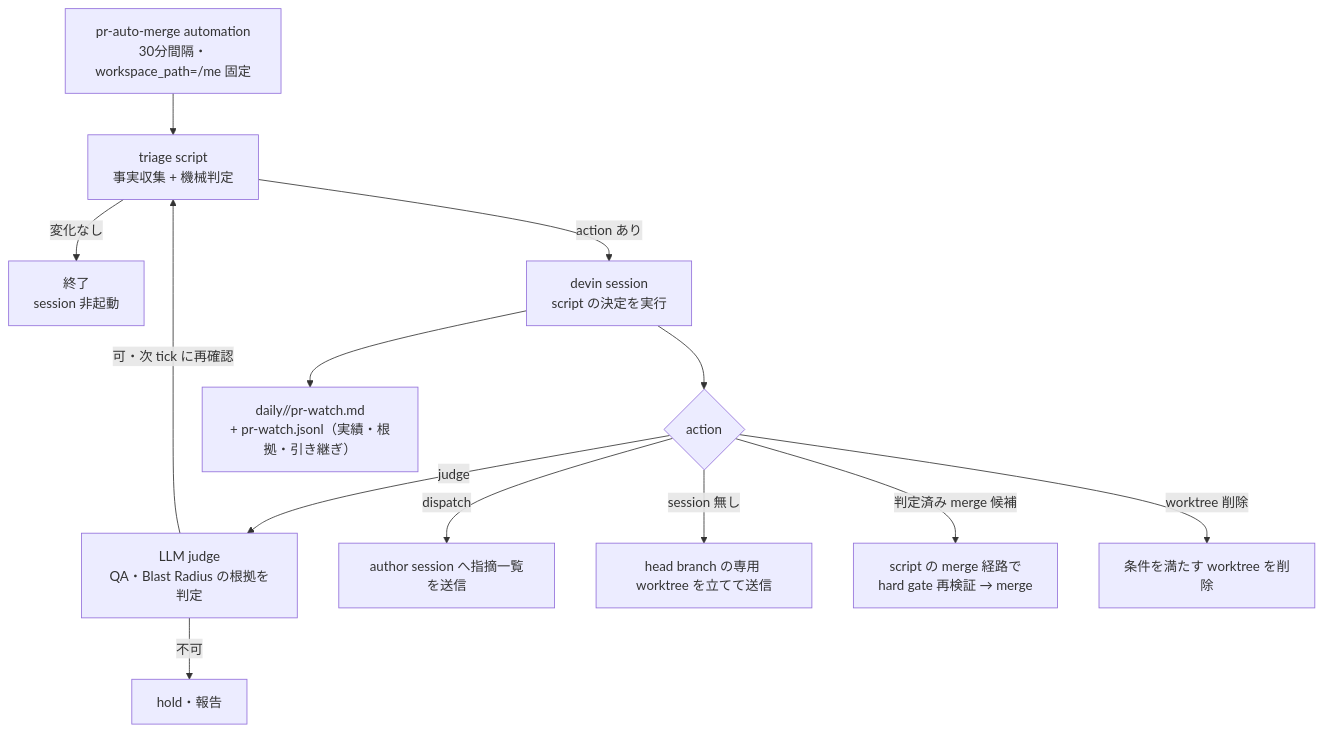
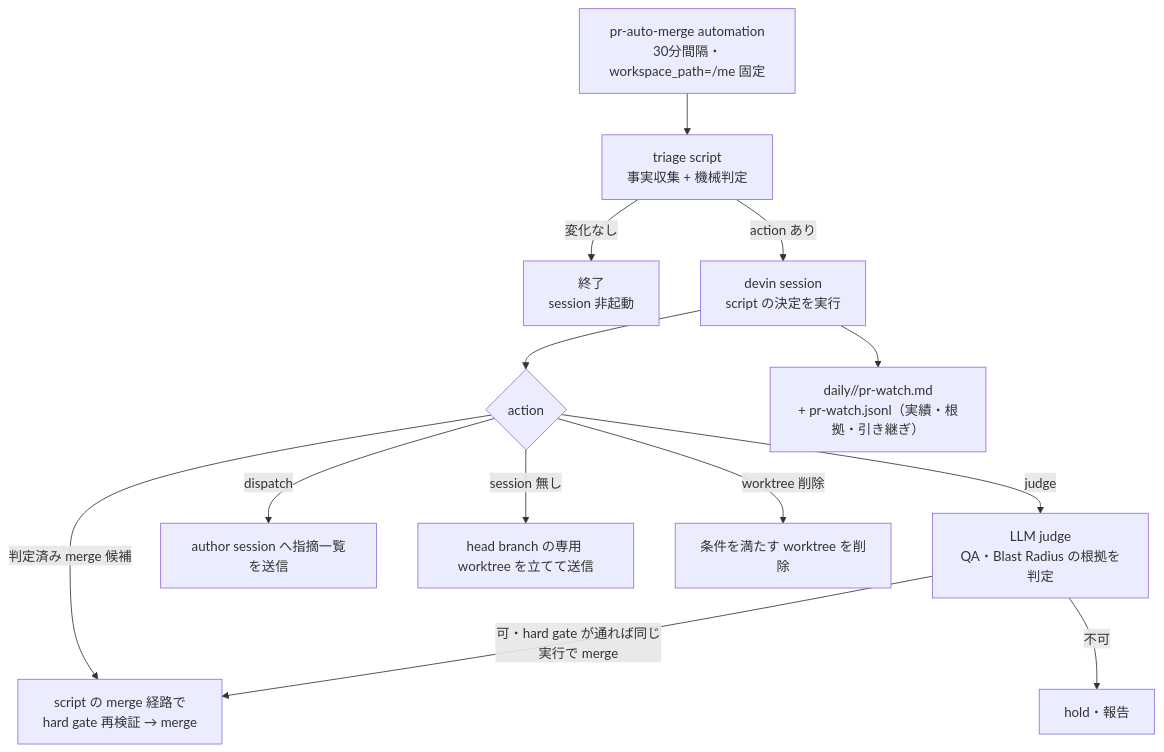
Before and after one commit to wwwyo/dotfiles: the diagram in docs/prd/pr-merge-lane/prd.md, drawn with Mermaid. The commit also changed other lines of this file and 4 other files, not shown here.

````diff
--- a/docs/prd/pr-merge-lane/prd.md
+++ b/docs/prd/pr-merge-lane/prd.md
@@ -25,15 +25,15 @@
 ```mermaid
 flowchart TD
     A[pr-auto-merge automation<br/>30分間隔・workspace_path=/me 固定] --> B[triage script<br/>事実収集 + 機械判定]
     B -->|変化なし| Z[終了<br/>session 非起動]
     B -->|action あり| C[devin session<br/>script の決定を実行]
     C --> D{action}
     D -->|judge| J[LLM judge<br/>QA・Blast Radius の根拠を判定]
     D -->|dispatch| E[author session へ指摘一覧を送信]
     D -->|session 無し| F[head branch の専用 worktree を立てて送信]
     D -->|判定済み merge 候補| G[script の merge 経路で<br/>hard gate 再検証 → merge]
     D -->|worktree 削除| H[条件を満たす worktree を削除]
-    J -->|可・次 tick に再確認| B
+    J -->|可・hard gate が通れば同じ実行で merge| G
     J -->|不可| I[hold・報告]
     C --> K[daily/<date>/pr-watch.md<br/>+ pr-watch.jsonl（実績・根拠・引き継ぎ）]
 ```
````
